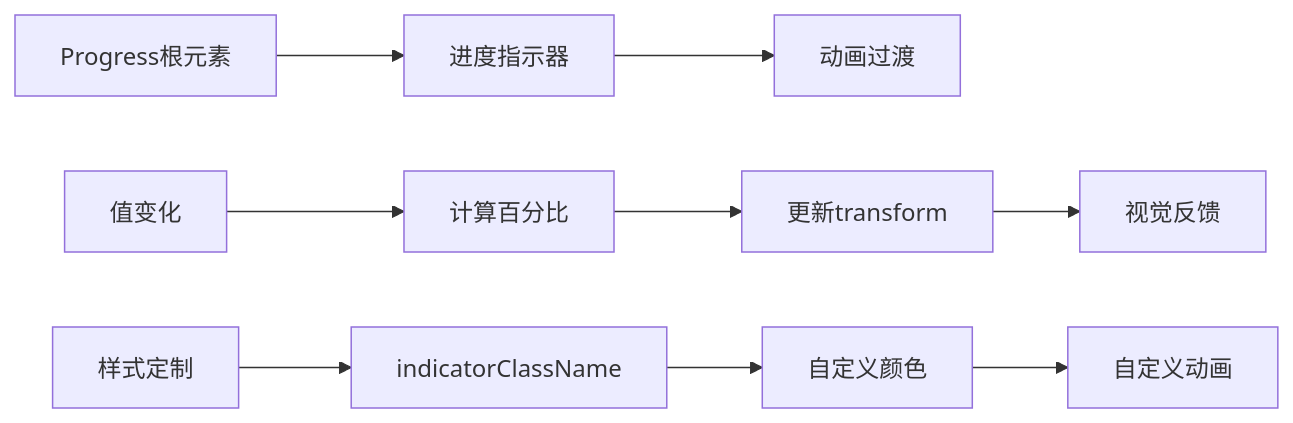
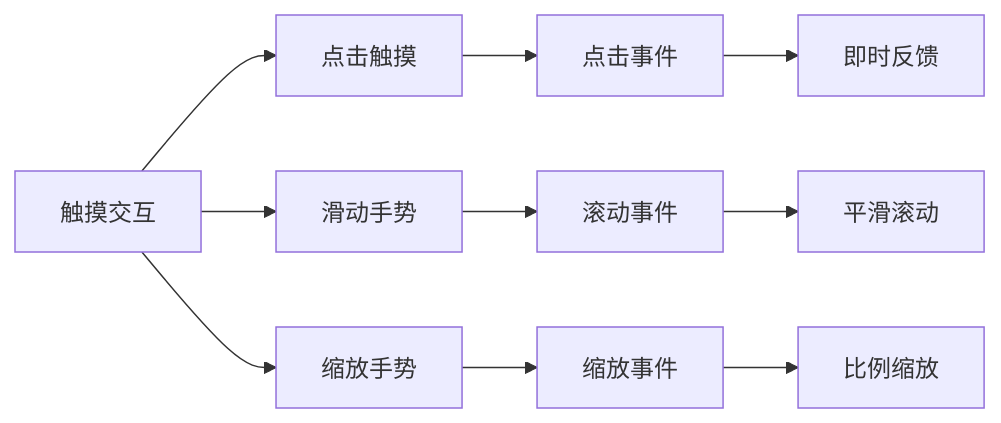
Before and after one commit to RadiumAg/bilibili-favorites: diagram 15 of 24 in .qoder/repowiki/zh/content/开发指南/UI_UX专业设计系统.md, drawn with Mermaid. The commit also changed other lines of this file and 21 other files, not shown here.

````diff
--- a/.qoder/repowiki/zh/content/开发指南/UI_UX专业设计系统.md
+++ b/.qoder/repowiki/zh/content/开发指南/UI_UX专业设计系统.md
@@ -501,11 +572,12 @@
 ```mermaid
-flowchart LR
-A[Progress根元素] --> B[进度指示器]
-B --> C[动画过渡]
-D[值变化] --> E[计算百分比]
-E --> F[更新transform]
-F --> G[视觉反馈]
-H[样式定制] --> I[indicatorClassName]
-I --> J[自定义颜色]
-J --> K[自定义动画]
+graph LR
+Touch[触摸交互] --> Tap[点击触摸]
+Touch --> Swipe[滑动手势]
+Touch --> Pinch[缩放手势]
+Tap --> Click[点击事件]
+Swipe --> Scroll[滚动事件]
+Pinch --> Zoom[缩放事件]
+Click --> Immediate[即时反馈]
+Scroll --> Smooth[平滑滚动]
+Zoom --> Scale[比例缩放]
 ```
````
